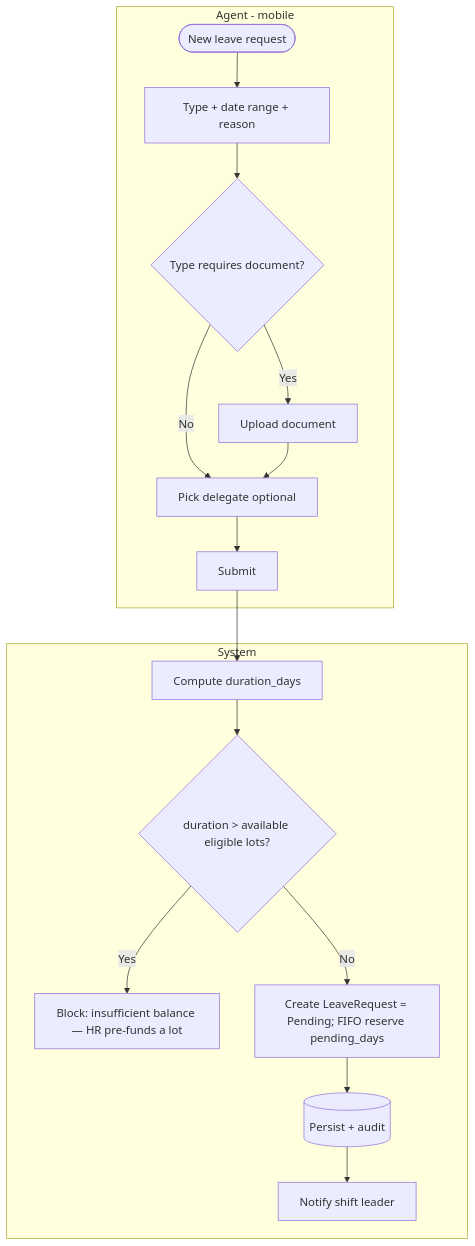
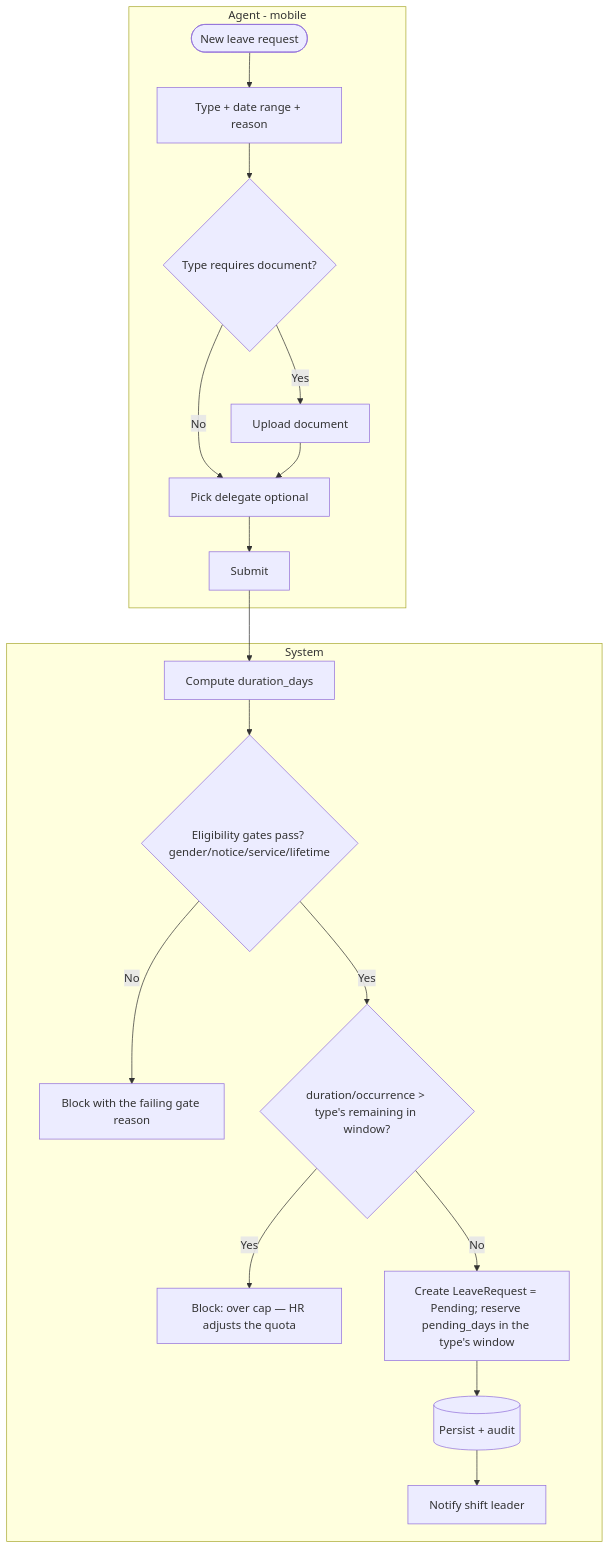
One commit to hariszaki17/hris-outsource changed the third of 6 diagrams in docs/epics/E6-leave/FEATURE.md. Above: the diagram before and after it, drawn with Mermaid. The commit also changed other lines of this file and 40 other files, not shown here.

````diff
--- a/docs/epics/E6-leave/FEATURE.md
+++ b/docs/epics/E6-leave/FEATURE.md
@@ -136,19 +144,21 @@
 ```mermaid
 flowchart TD
     subgraph AG[Agent - mobile]
         B1([New leave request]) --> B2[Type + date range + reason]
         B2 --> B3{Type requires document?}
         B3 -- Yes --> B4[Upload document]
         B3 -- No --> B5[Pick delegate optional]
         B4 --> B5
         B5 --> B6[Submit]
     end
     subgraph SYS[System]
         B6 --> C1[Compute duration_days]
-        C1 --> C2{duration > available eligible lots?}
-        C2 -- Yes --> C3[Block: insufficient balance — HR pre-funds a lot]
-        C2 -- No --> C4[Create LeaveRequest = Pending; FIFO reserve pending_days]
+        C1 --> C1b{Eligibility gates pass? gender/notice/service/lifetime}
+        C1b -- No --> C3b[Block with the failing gate reason]
+        C1b -- Yes --> C2{duration/occurrence > type's remaining in window?}
+        C2 -- Yes --> C3[Block: over cap — HR adjusts the quota]
+        C2 -- No --> C4[Create LeaveRequest = Pending; reserve pending_days in the type's window]
         C4 --> C5[(Persist + audit)]
         C5 --> C6[Notify shift leader]
     end
 ```
````
